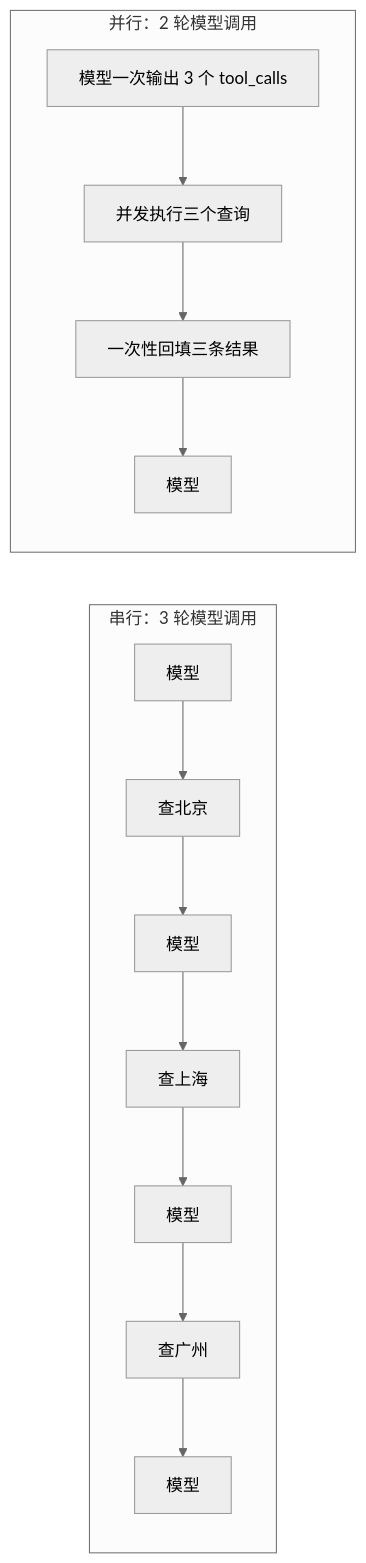
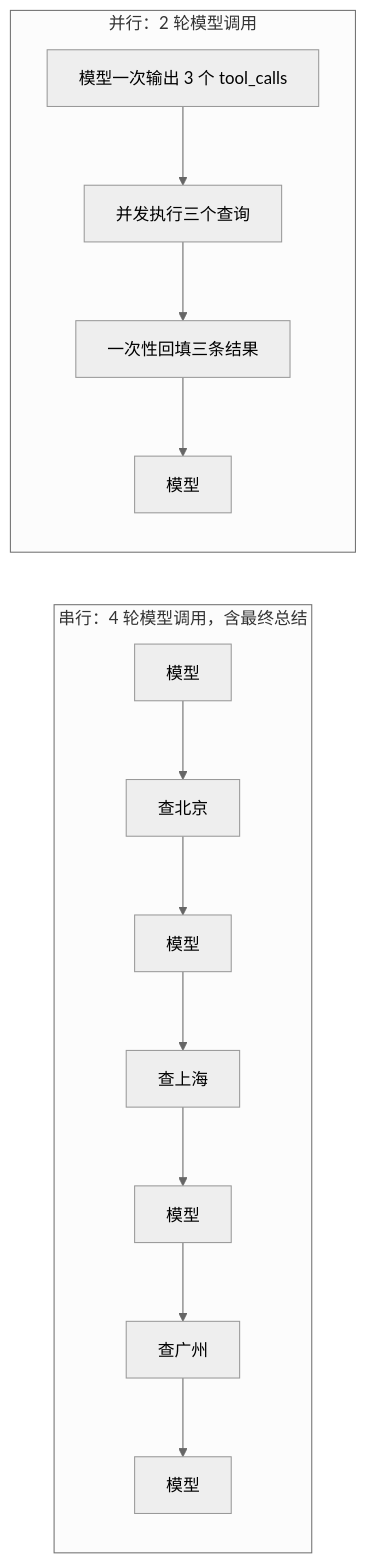
One commit to oneleaveknowsthefall/awesome-ai-roadmap changed the fourth of 4 diagrams in docs/tools/01-function-calling/01-function-calling.md. Above: the diagram before and after it, drawn with Mermaid (neutral theme). The commit also changed other lines of this file and 50 other files, not shown here.

````diff
--- a/docs/tools/01-function-calling/01-function-calling.md
+++ b/docs/tools/01-function-calling/01-function-calling.md
@@ -238,11 +240,11 @@
 ```mermaid
 flowchart LR
-    subgraph SER["串行：3 轮模型调用"]
+    subgraph SER["串行：4 轮模型调用，含最终总结"]
         S1[模型] --> S2[查北京] --> S3[模型] --> S4[查上海] --> S5[模型] --> S6[查广州] --> S7[模型]
     end
 
     subgraph PAR["并行：2 轮模型调用"]
         P1[模型一次输出 3 个 tool_calls] --> P2[并发执行三个查询]
         P2 --> P3[一次性回填三条结果] --> P4[模型]
     end
 ```
````
